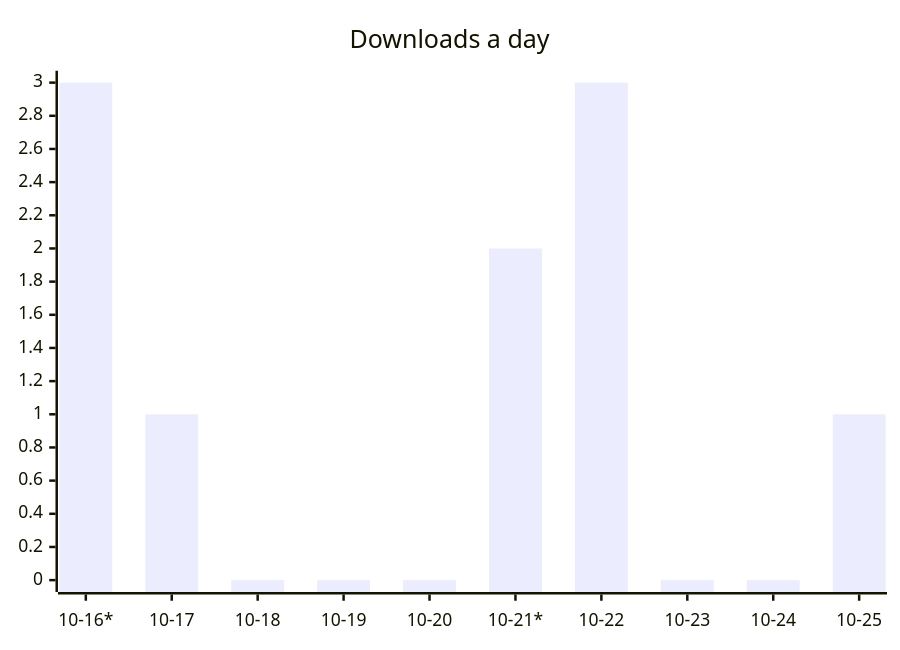
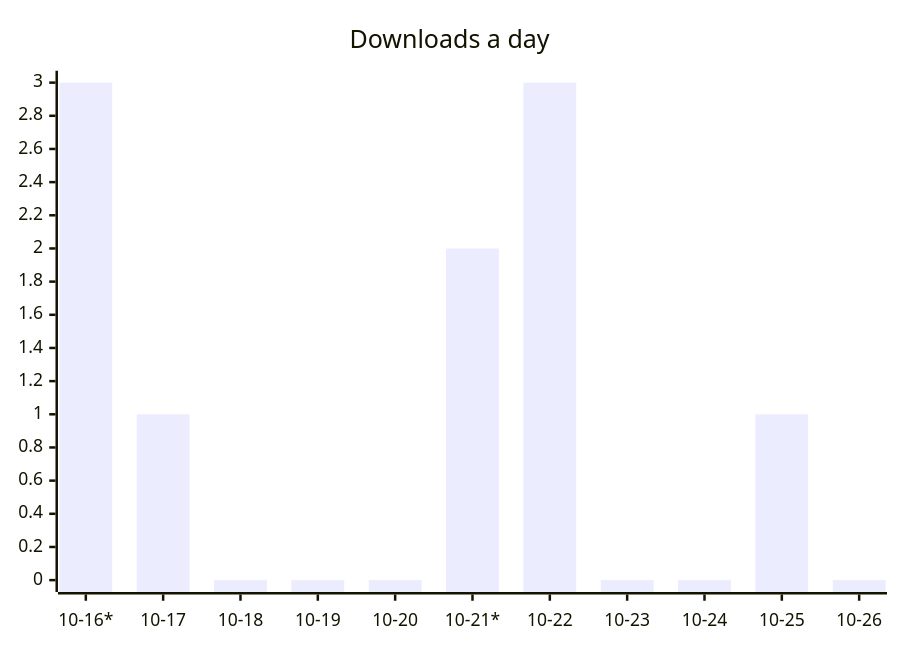
Before and after one commit to ArtemkaGoldMan/ContextSwitcher: the first of 3 diagrams in README.md, drawn with Mermaid. The commit also changed other lines of this file and 6 other files, not shown here.

````diff
--- a/README.md
+++ b/README.md
@@ -30,6 +30,6 @@
 ```mermaid
 xychart-beta
     title "Downloads a day"
-    x-axis ["10-16*", "10-17", "10-18", "10-19", "10-20", "10-21*", "10-22", "10-23", "10-24", "10-25"]
-    bar [3, 1, 0, 0, 0, 2, 3, 0, 0, 1]
+    x-axis ["10-16*", "10-17", "10-18", "10-19", "10-20", "10-21*", "10-22", "10-23", "10-24", "10-25", "10-26"]
+    bar [3, 1, 0, 0, 0, 2, 3, 0, 0, 1, 0]
 ```
````
